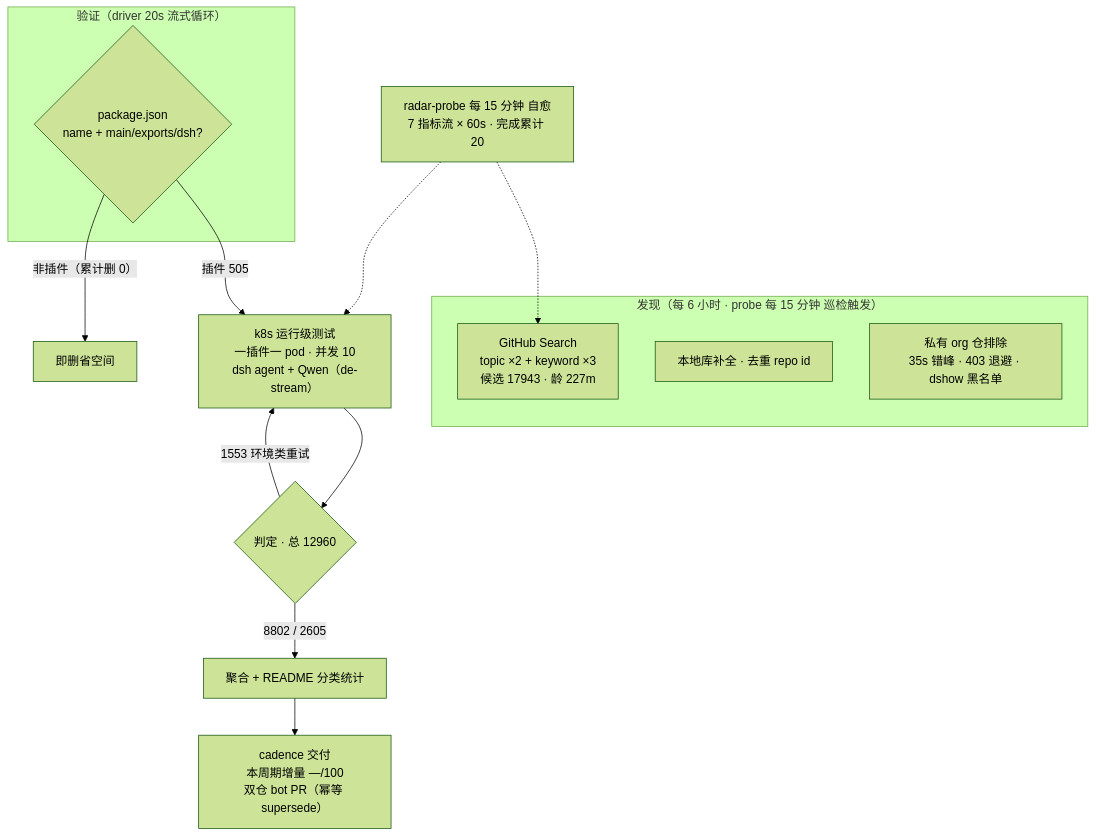
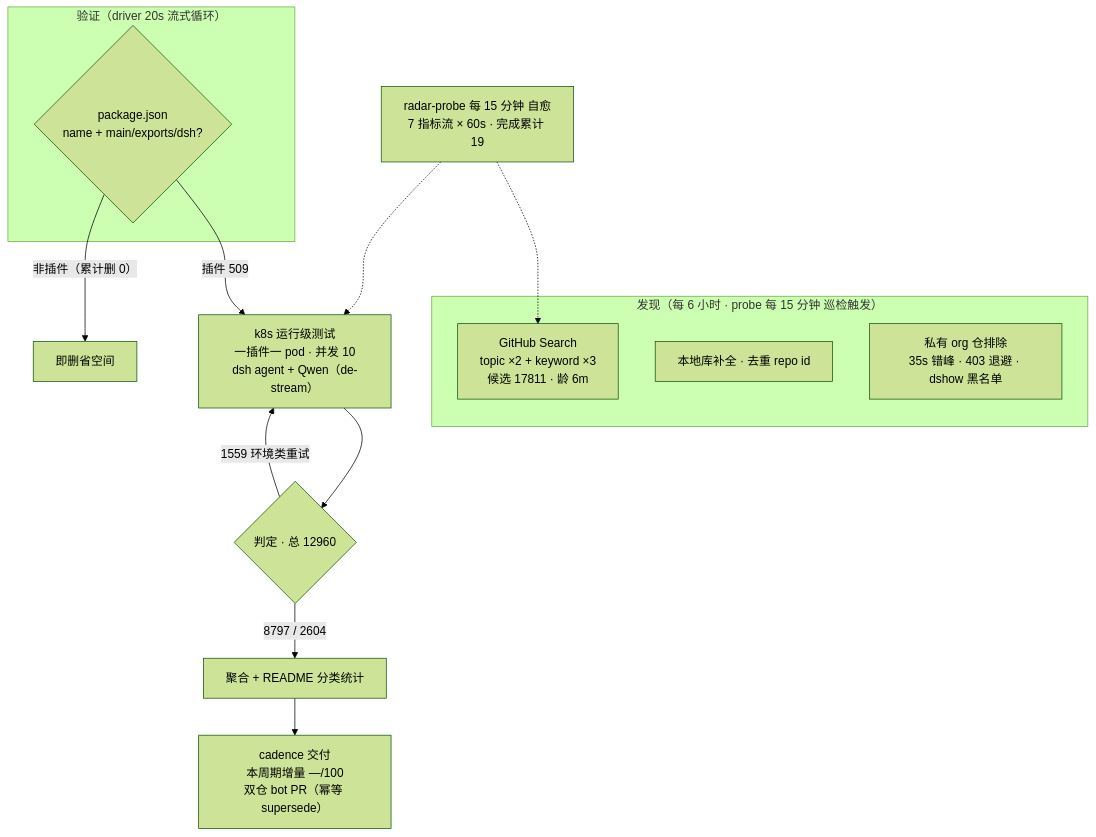
One commit to AdamPlatin123/awesome-dsh-plugins changed the diagram in README.md. Above: the diagram before and after it, drawn with Mermaid (forest theme). The commit also changed other lines of this file and 5 other files, not shown here.

````diff
--- a/README.md
+++ b/README.md
@@ -52,20 +52,20 @@
 ```mermaid
 flowchart TB
     subgraph Discovery["发现（每 6 小时 · probe 每 15 分钟 巡检触发）"]
-        A1["GitHub Search<br/>topic ×2 + keyword ×3<br/>候选 17943 · 龄 227m"]
+        A1["GitHub Search<br/>topic ×2 + keyword ×3<br/>候选 17811 · 龄 6m"]
         A2["本地库补全 · 去重 repo id"]
         A3["私有 org 仓排除<br/>35s 错峰 · 403 退避 · dshow 黑名单"]
     end
     subgraph Validation["验证（driver 20s 流式循环）"]
         B1{"package.json<br/>name + main/exports/dsh?"}
     end
-    B1 -->|"插件 505"| C1["k8s 运行级测试<br/>一插件一 pod · 并发 10<br/>dsh agent + Qwen（de-stream）"]
+    B1 -->|"插件 509"| C1["k8s 运行级测试<br/>一插件一 pod · 并发 10<br/>dsh agent + Qwen（de-stream）"]
     B1 -->|"非插件（累计删 0）"| B3["即删省空间"]
     C1 --> D1{"判定 · 总 12960"}
-    D1 -->|"8802 / 2605"| E1["聚合 + README 分类统计"]
-    D1 -->|"1553 环境类重试"| C1
+    D1 -->|"8797 / 2604"| E1["聚合 + README 分类统计"]
+    D1 -->|"1559 环境类重试"| C1
     E1 --> E2["cadence 交付<br/>本周期增量 —/100<br/>双仓 bot PR（幂等 supersede）"]
-    M["radar-probe 每 15 分钟 自愈<br/>7 指标流 × 60s · 完成累计 20"]
+    M["radar-probe 每 15 分钟 自愈<br/>7 指标流 × 60s · 完成累计 19"]
     M -.-> A1
     M -.-> C1
 ```
````
